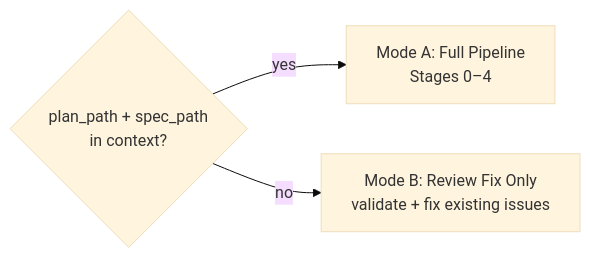
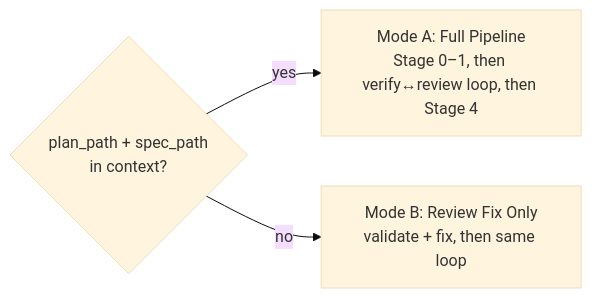
One commit to SG-Agent-Studio/autonomous-development-loop changed the second of 2 diagrams in docs/architecture/002-skills.md. Above: the diagram before and after it, drawn with Mermaid (base theme). The commit also changed other lines of this file and 2 other files, not shown here.

First line of the commit message:
docs(architecture): sync with stage 2/3 refactor (#11)

````diff
--- a/docs/architecture/002-skills.md
+++ b/docs/architecture/002-skills.md
@@ -50,5 +54,5 @@
 ```mermaid
 flowchart LR
-    Q{plan_path + spec_path\nin context?} -->|yes| A[Mode A: Full Pipeline\nStages 0–4]
-    Q -->|no| B[Mode B: Review Fix Only\nvalidate + fix existing issues]
+    Q{plan_path + spec_path\nin context?} -->|yes| A[Mode A: Full Pipeline\nStage 0–1, then verify↔review loop, then Stage 4]
+    Q -->|no| B[Mode B: Review Fix Only\nvalidate + fix, then same loop]
 ```
````
